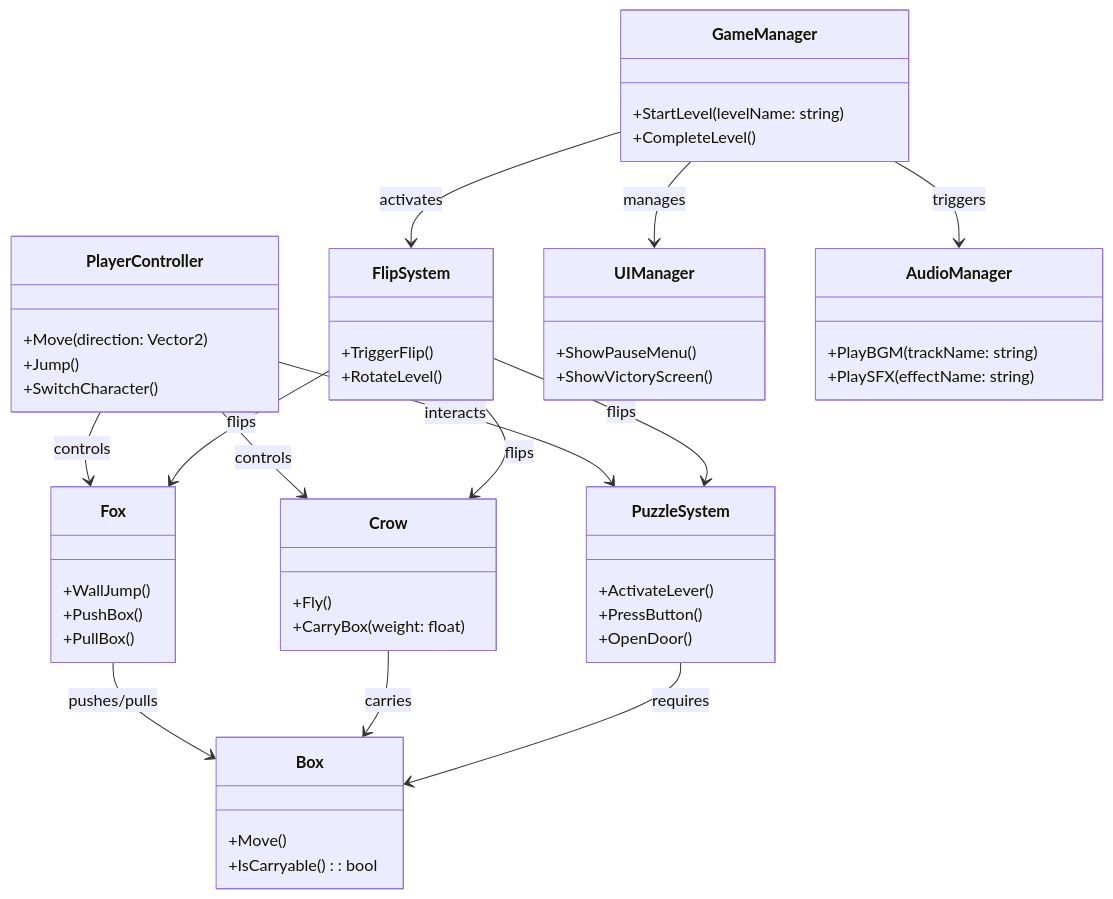
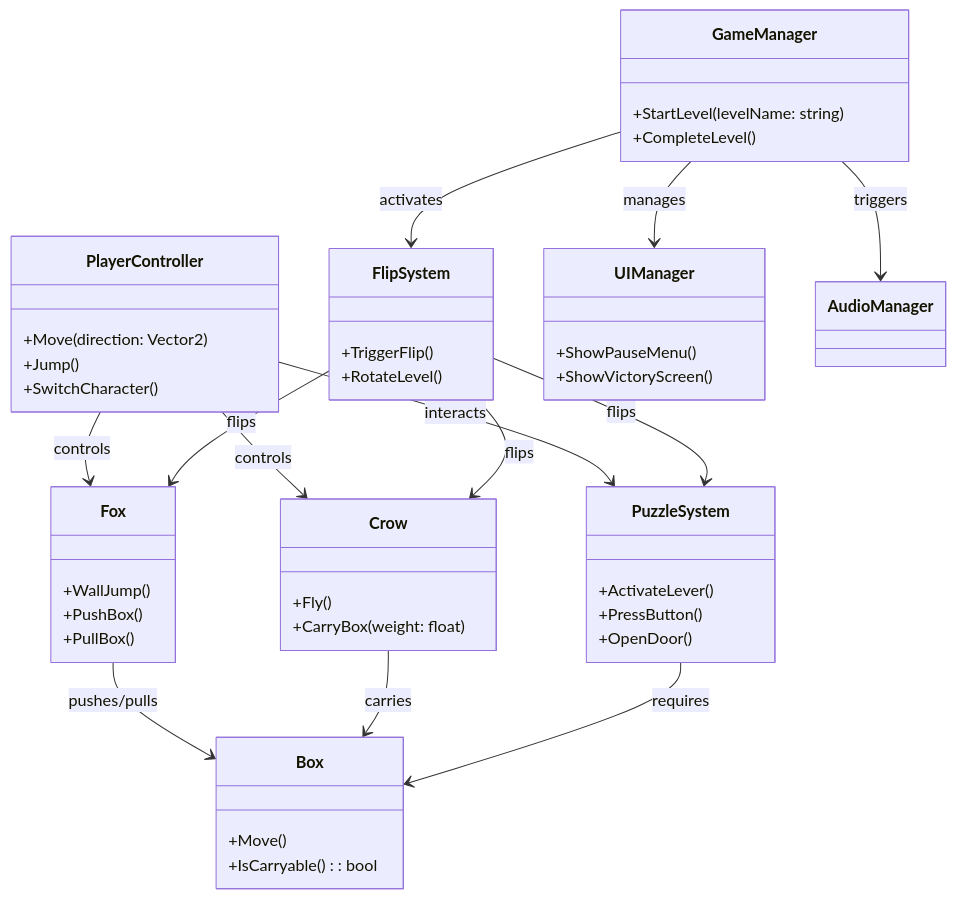
Before and after one commit to Justsomeguy241/Out-of-the-box: the fourth of 4 diagrams in README.md, drawn with Mermaid.

````diff
--- a/README.md
+++ b/README.md
@@ -181,68 +181,63 @@
 ```mermaid
 classDiagram
     %% --- Core Gameplay ---
     class PlayerController {
         +Move(direction: Vector2)
         +Jump()
         +SwitchCharacter()
     }
 
     class Fox {
         +WallJump()
         +PushBox()
         +PullBox()
     }
 
     class Crow {
         +Fly()
         +CarryBox(weight: float)
     }
 
     class PuzzleSystem {
         +ActivateLever()
         +PressButton()
         +OpenDoor()
     }
 
     class Box {
         +Move()
         +IsCarryable(): bool
     }
 
     class FlipSystem {
         +TriggerFlip()
         +RotateLevel()
     }
 
     %% --- Game Flow & UI ---
     class GameManager {
         +StartLevel(levelName: string)
         +CompleteLevel()
     }
 
     class UIManager {
         +ShowPauseMenu()
         +ShowVictoryScreen()
     }
 
-    class AudioManager {
-        +PlayBGM(trackName: string)
-        +PlaySFX(effectName: string)
-    }
-
     %% --- Relations ---
     PlayerController --> Fox : controls
     PlayerController --> Crow : controls
     PlayerController --> PuzzleSystem : interacts
     Fox --> Box : pushes/pulls
     Crow --> Box : carries
     PuzzleSystem --> Box : requires
     FlipSystem --> PuzzleSystem : flips
     FlipSystem --> Fox : flips
     FlipSystem --> Crow : flips
     GameManager --> UIManager : manages
     GameManager --> AudioManager : triggers
     GameManager --> FlipSystem : activates
 
 
 ```
````
